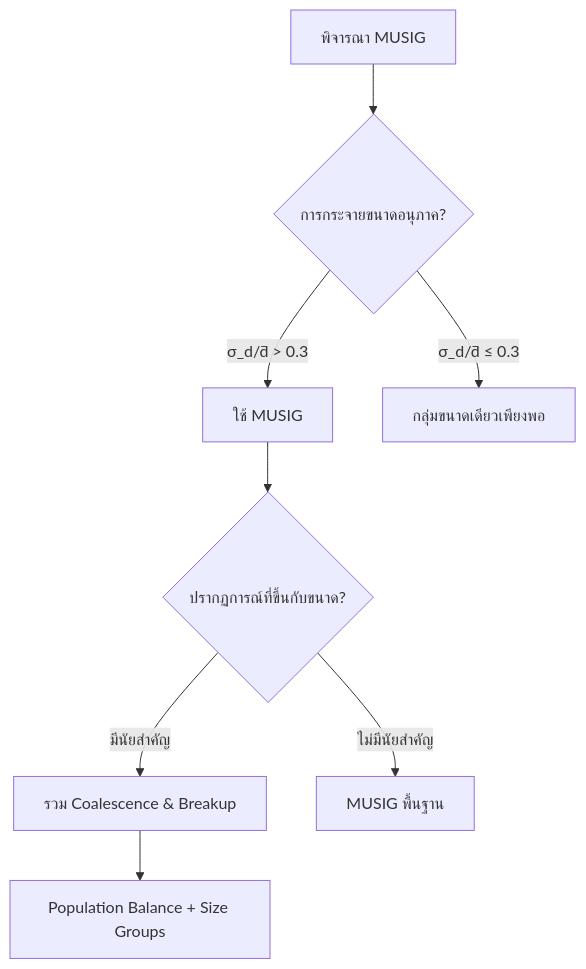
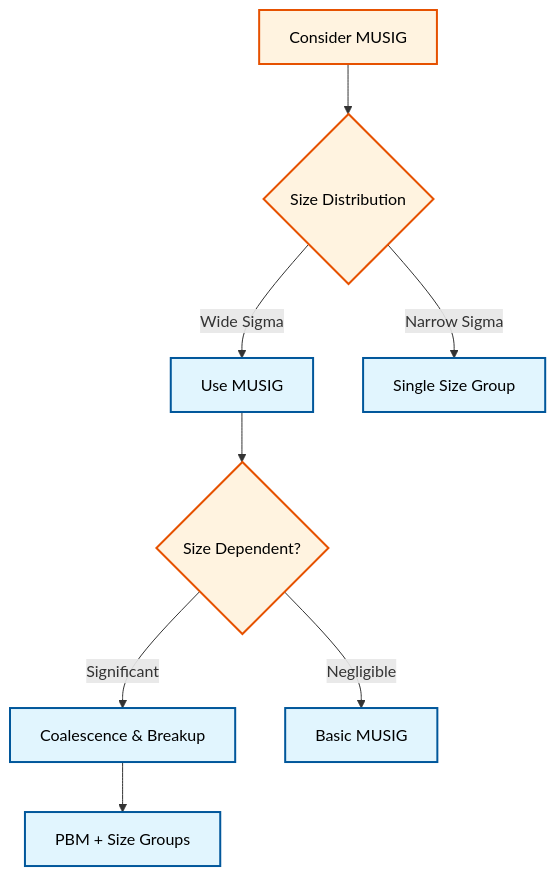
One commit to wramet/build-my-cfd changed the sixth of 6 diagrams in MODULE_04_MULTIPHASE_FUNDAMENTALS/CONTENT/08_MODEL_SELECTION/05_Model_Selection_Flowchart.md. Above: the diagram before and after it, drawn with Mermaid. The commit also changed other lines of this file and 313 other files, not shown here.

Commit message:
Revise all diagram

````diff
--- a/MODULE_04_MULTIPHASE_FUNDAMENTALS/CONTENT/08_MODEL_SELECTION/05_Model_Selection_Flowchart.md
+++ b/MODULE_04_MULTIPHASE_FUNDAMENTALS/CONTENT/08_MODEL_SELECTION/05_Model_Selection_Flowchart.md
@@ -1000,12 +994,12 @@
 ```mermaid
 flowchart TD
-    Start[พิจารณา MUSIG] --> Check1{การกระจายขนาดอนุภาค?}
-    Check1 -->|σ_d/d̄ > 0.3| UseMUSIG[ใช้ MUSIG]
-    Check1 -->|σ_d/d̄ ≤ 0.3| NoMUSIG[กลุ่มขนาดเดียวเพียงพอ]
-
-    UseMUSIG --> Check2{ปรากฏการณ์ที่ขึ้นกับขนาด?}
-    Check2 -->|มีนัยสำคัญ| Adv[รวม Coalescence & Breakup]
-    Check2 -->|ไม่มีนัยสำคัญ| Basic[MUSIG พื้นฐาน]
-
-    Adv --> Final[Population Balance + Size Groups]
+classDef implicit fill:#e1f5fe,stroke:#01579b,stroke-width:2px,color:#000
+classDef explicit fill:#fff3e0,stroke:#e65100,stroke-width:2px,color:#000
+Start[Consider MUSIG]:::explicit --> Check1{Size Distribution}:::explicit
+Check1 -->|Wide Sigma| UseMUSIG[Use MUSIG]:::implicit
+Check1 -->|Narrow Sigma| NoMUSIG[Single Size Group]:::implicit
+UseMUSIG --> Check2{Size Dependent?}:::explicit
+Check2 -->|Significant| Adv[Coalescence & Breakup]:::implicit
+Check2 -->|Negligible| Basic[Basic MUSIG]:::implicit
+Adv --> Final[PBM + Size Groups]:::implicit
 ```
````
